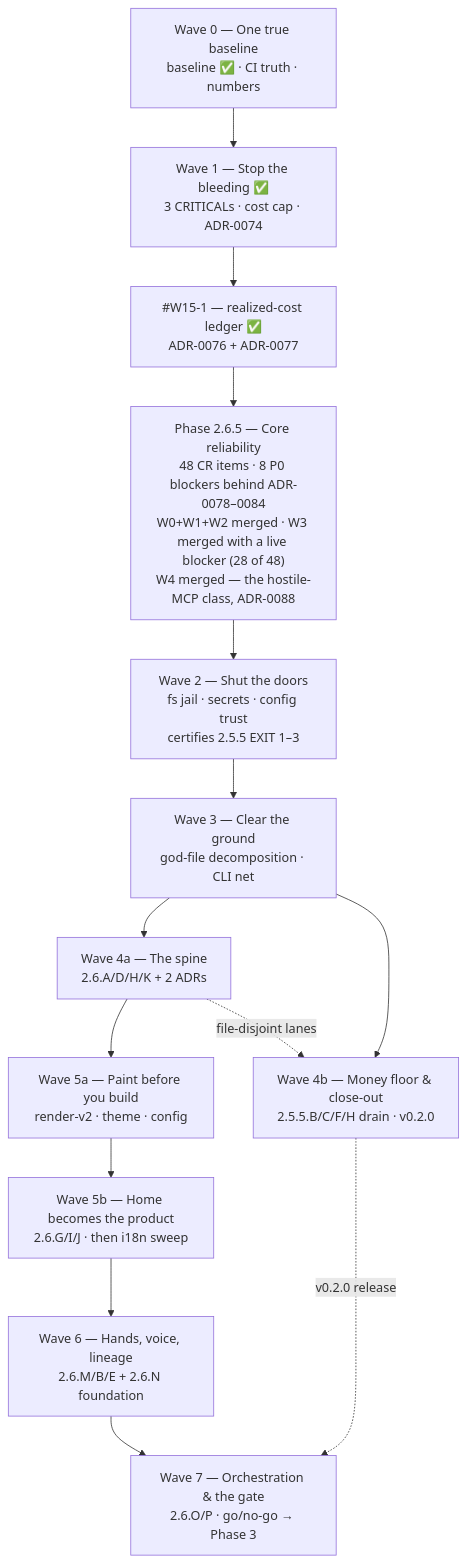
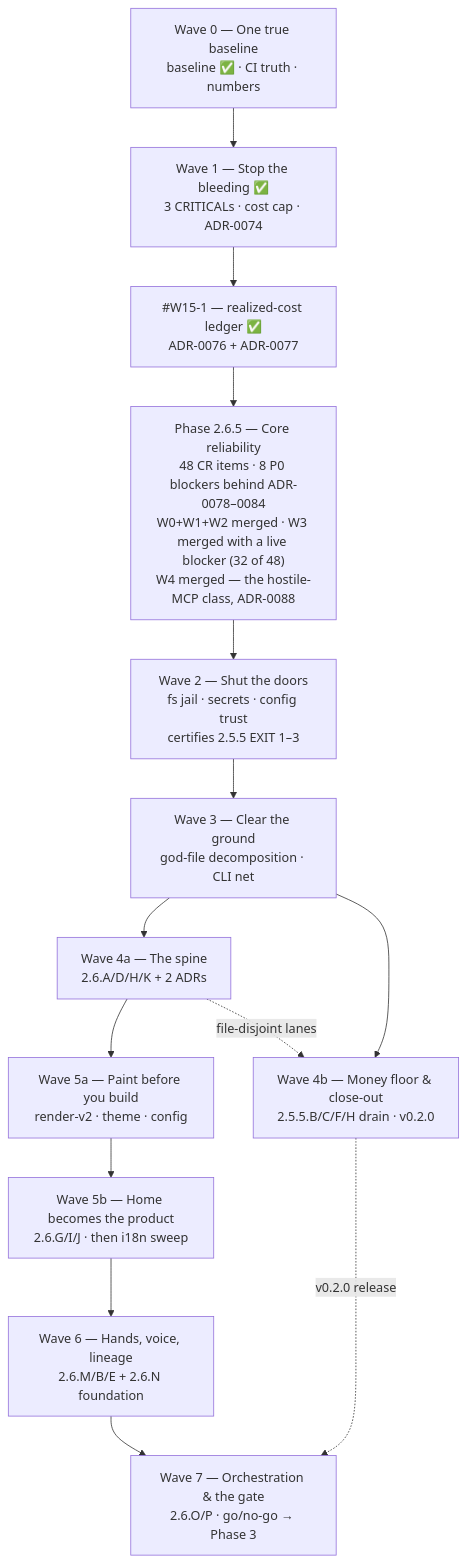
The diagram in docs/roadmap/current.md (HodeTech/Relavium), drawn with Mermaid before and after one commit. The commit also changed other lines of this file and 9 other files, not shown here.

````diff
--- a/docs/roadmap/current.md
+++ b/docs/roadmap/current.md
@@ -89,19 +89,19 @@
 ```mermaid
 flowchart TD
     W0["Wave 0 — One true baseline<br/>baseline ✅ · CI truth · numbers"]
     W1["Wave 1 — Stop the bleeding ✅<br/>3 CRITICALs · cost cap · ADR-0074"]
     LEDGER["#W15-1 — realized-cost ledger ✅<br/>ADR-0076 + ADR-0077"]
-    P265["Phase 2.6.5 — Core reliability<br/>48 CR items · 8 P0 blockers behind ADR-0078–0084<br/>W0+W1+W2 merged · W3 merged with a live blocker (28 of 48)<br/>W4 merged — the hostile-MCP class, ADR-0088"]
+    P265["Phase 2.6.5 — Core reliability<br/>48 CR items · 8 P0 blockers behind ADR-0078–0084<br/>W0+W1+W2 merged · W3 merged with a live blocker (32 of 48)<br/>W4 merged — the hostile-MCP class, ADR-0088"]
     W2["Wave 2 — Shut the doors<br/>fs jail · secrets · config trust<br/>certifies 2.5.5 EXIT 1–3"]
     W3["Wave 3 — Clear the ground<br/>god-file decomposition · CLI net"]
     W4a["Wave 4a — The spine<br/>2.6.A/D/H/K + 2 ADRs"]
     W4b["Wave 4b — Money floor & close-out<br/>2.5.5.B/C/F/H drain · v0.2.0"]
     W5a["Wave 5a — Paint before you build<br/>render-v2 · theme · config"]
     W5b["Wave 5b — Home becomes the product<br/>2.6.G/I/J · then i18n sweep"]
     W6["Wave 6 — Hands, voice, lineage<br/>2.6.M/B/E + 2.6.N foundation"]
     W7["Wave 7 — Orchestration & the gate<br/>2.6.O/P · go/no-go → Phase 3"]
     W0 --> W1 --> LEDGER --> P265 --> W2 --> W3 --> W4a --> W5a --> W5b --> W6 --> W7
     W3 --> W4b
     W4b -.->|v0.2.0 release| W7
     W4a -.->|file-disjoint lanes| W4b
 ```
````
